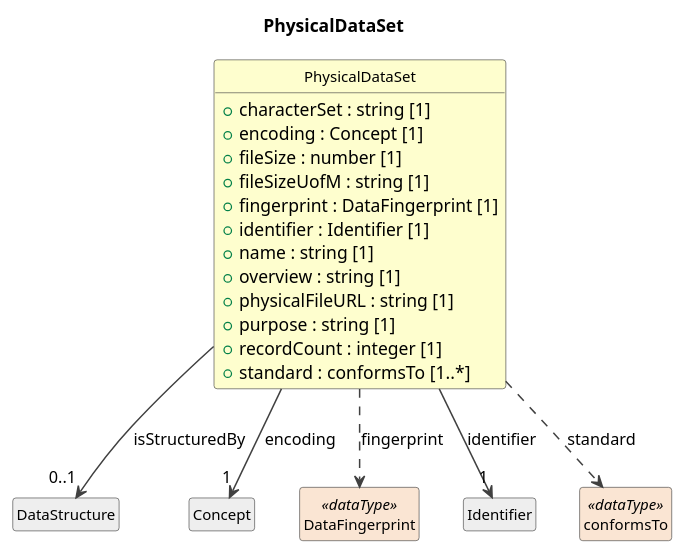
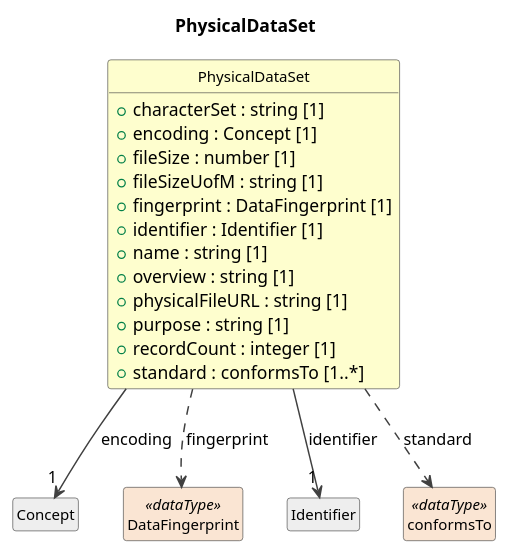
Before and after one commit to Cross-Domain-Interoperability-Framework/metadataBuildingBlocks: the diagram in cdif-uml-model/_plantuml/cdifDataStructure/Classes/PhysicalDataSet.pu, drawn with PlantUML. The commit also changed 29 other files, not shown here.

First line of the commit message:
Regenerate DataStructure model browser: DataDownload isStructuredBy + InstanceVariable uses

```diff
--- a/cdif-uml-model/_plantuml/cdifDataStructure/Classes/PhysicalDataSet.pu
+++ b/cdif-uml-model/_plantuml/cdifDataStructure/Classes/PhysicalDataSet.pu
@@ -1,38 +1,36 @@
 @startuml
 title PhysicalDataSet
 hide circle
 hide empty members
 skinparam shadowing false
 skinparam ArrowThickness 1.2
 skinparam class {
   ArrowColor #404040
   BorderColor #404040
   FontSize 12
 }
 
 class "PhysicalDataSet" as PhysicalDataSet #FEFECE {
   +characterSet : string [1]
   +encoding : Concept [1]
   +fileSize : number [1]
   +fileSizeUofM : string [1]
   +fingerprint : DataFingerprint [1]
   +identifier : Identifier [1]
   +name : string [1]
   +overview : string [1]
   +physicalFileURL : string [1]
   +purpose : string [1]
   +recordCount : integer [1]
   +standard : conformsTo [1..*]
 }
-class "DataStructure" as DataStructure #EEEEEE
-PhysicalDataSet --> "0..1" DataStructure : isStructuredBy
 class "Concept" as Concept #EEEEEE
 PhysicalDataSet --> "1" Concept : encoding
 class "DataFingerprint" as DataFingerprint <<dataType>> #FAE5D3
 PhysicalDataSet ..> DataFingerprint : fingerprint
 class "Identifier" as Identifier #EEEEEE
 PhysicalDataSet --> "1" Identifier : identifier
 class "conformsTo" as conformsTo <<dataType>> #FAE5D3
 PhysicalDataSet ..> conformsTo : standard
 
 @enduml
```
